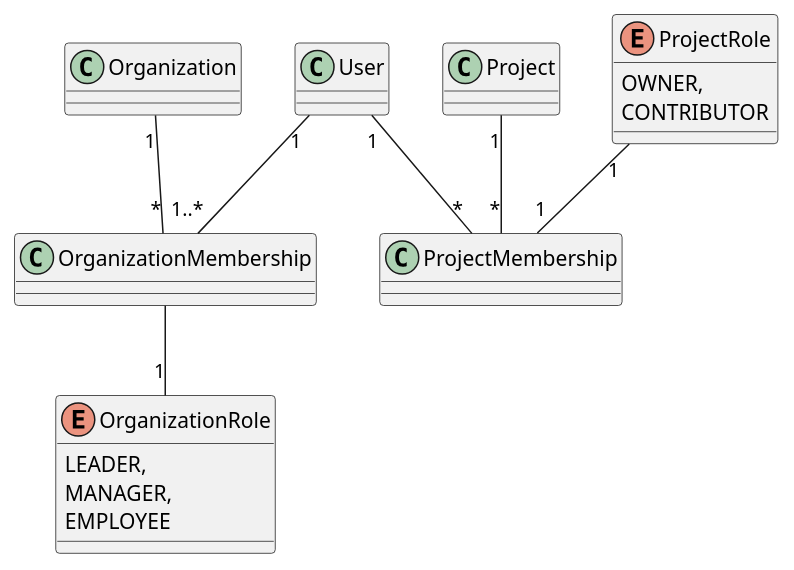
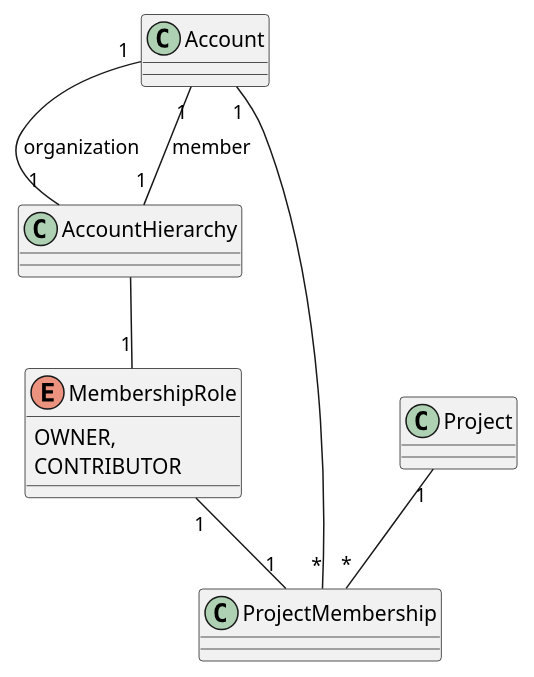
The diagram in docs/modeling/Organization.puml (TimeboardIO/timeboard), drawn with PlantUML before and after one commit. The commit also changed 4 other files, not shown here.

```diff
--- a/docs/modeling/Organization.puml
+++ b/docs/modeling/Organization.puml
@@ -1,21 +1,16 @@
 @startuml
 
-Organization "1" -- "*" OrganizationMembership
-User "1" -- "1..*" OrganizationMembership
-User "1" -- "*" ProjectMembership
+Account "1" -- "1" AccountHierarchy : organization
+Account "1" -- "1" AccountHierarchy : member
+
+Account "1" -- "*" ProjectMembership
 Project "1" -- "*" ProjectMembership
-ProjectRole "1" -- "1" ProjectMembership
-OrganizationMembership  -- "1" OrganizationRole
+MembershipRole "1" -- "1" ProjectMembership
+AccountHierarchy  -- "1" MembershipRole
 
-enum OrganizationRole {
-    LEADER,
-    MANAGER,
-    EMPLOYEE
-}
-
-enum ProjectRole {
+enum MembershipRole {
     OWNER,
     CONTRIBUTOR
 }
 
 @enduml
```
